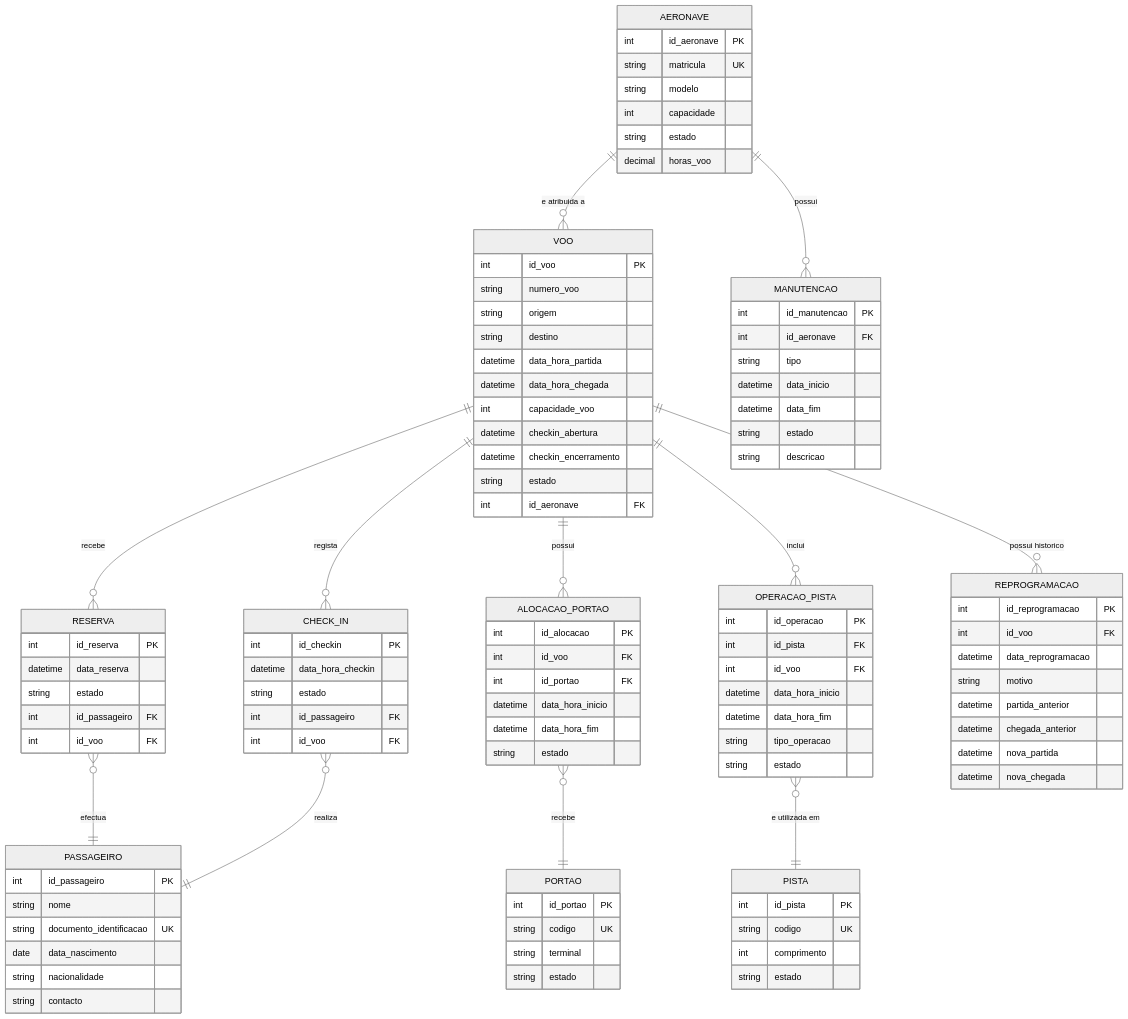
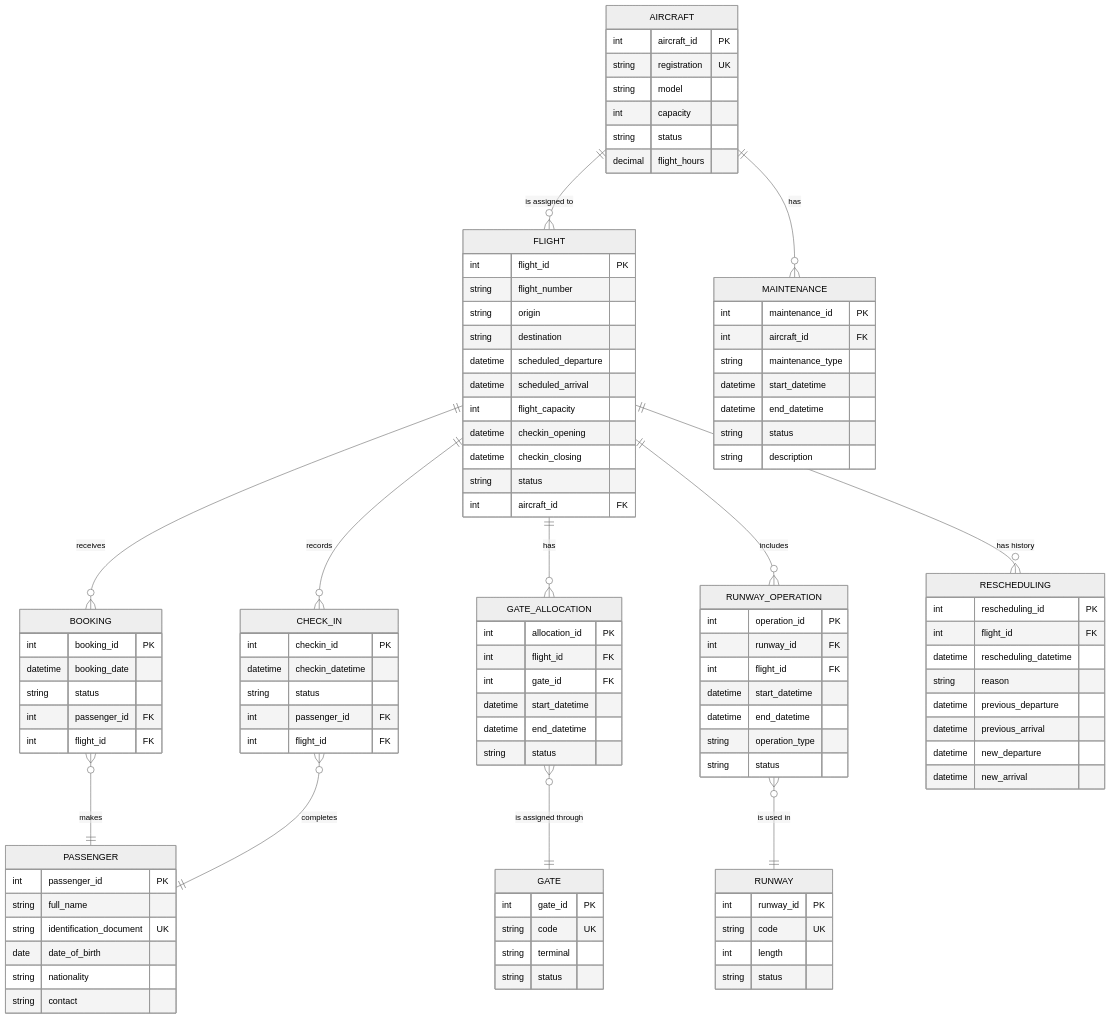
One commit to edmilsonrolas/airport-management-database changed the diagram in TS_ER_Diagram.mmd. Above: the diagram before and after it, drawn with Mermaid (neutral theme). The commit also changed other lines of this file and 1 other file, not shown here.

Commit message:
ER Diagram to en

```diff
--- a/TS_ER_Diagram.mmd
+++ b/TS_ER_Diagram.mmd
@@ -1,114 +1,115 @@
+
 erDiagram
-    AERONAVE {
-        int id_aeronave PK
-        string matricula UK
-        string modelo
-        int capacidade
-        string estado
-        decimal horas_voo
+    AIRCRAFT {
+        int aircraft_id PK
+        string registration UK
+        string model
+        int capacity
+        string status
+        decimal flight_hours
     }
 
-    VOO {
-        int id_voo PK
-        string numero_voo
-        string origem
-        string destino
-        datetime data_hora_partida
-        datetime data_hora_chegada
-        int capacidade_voo
-        datetime checkin_abertura
-        datetime checkin_encerramento
-        string estado
-        int id_aeronave FK
+    FLIGHT {
+        int flight_id PK
+        string flight_number
+        string origin
+        string destination
+        datetime scheduled_departure
+        datetime scheduled_arrival
+        int flight_capacity
+        datetime checkin_opening
+        datetime checkin_closing
+        string status
+        int aircraft_id FK
     }
 
-    PASSAGEIRO {
-        int id_passageiro PK
-        string nome
-        string documento_identificacao UK
-        date data_nascimento
-        string nacionalidade
-        string contacto
+    PASSENGER {
+        int passenger_id PK
+        string full_name
+        string identification_document UK
+        date date_of_birth
+        string nationality
+        string contact
     }
 
-    RESERVA {
-        int id_reserva PK
-        datetime data_reserva
-        string estado
-        int id_passageiro FK
-        int id_voo FK
+    BOOKING {
+        int booking_id PK
+        datetime booking_date
+        string status
+        int passenger_id FK
+        int flight_id FK
     }
 
     CHECK_IN {
-        int id_checkin PK
-        datetime data_hora_checkin
-        string estado
-        int id_passageiro FK
-        int id_voo FK
+        int checkin_id PK
+        datetime checkin_datetime
+        string status
+        int passenger_id FK
+        int flight_id FK
     }
 
-    PISTA {
-        int id_pista PK
-        string codigo UK
-        int comprimento
-        string estado
+    RUNWAY {
+        int runway_id PK
+        string code UK
+        int length
+        string status
     }
 
-    OPERACAO_PISTA {
-        int id_operacao PK
-        int id_pista FK
-        int id_voo FK
-        datetime data_hora_inicio
-        datetime data_hora_fim
-        string tipo_operacao
-        string estado
+    RUNWAY_OPERATION {
+        int operation_id PK
+        int runway_id FK
+        int flight_id FK
+        datetime start_datetime
+        datetime end_datetime
+        string operation_type
+        string status
     }
 
-    PORTAO {
-        int id_portao PK
-        string codigo UK
+    GATE {
+        int gate_id PK
+        string code UK
         string terminal
-        string estado
+        string status
     }
 
-    ALOCACAO_PORTAO {
-        int id_alocacao PK
-        int id_voo FK
-        int id_portao FK
-        datetime data_hora_inicio
-        datetime data_hora_fim
-        string estado
+    GATE_ALLOCATION {
+        int allocation_id PK
+        int flight_id FK
+        int gate_id FK
+        datetime start_datetime
+        datetime end_datetime
+        string status
     }
 
-    MANUTENCAO {
-        int id_manutencao PK
-        int id_aeronave FK
-        string tipo
-        datetime data_inicio
-        datetime data_fim
-        string estado
-        string descricao
+    MAINTENANCE {
+        int maintenance_id PK
+        int aircraft_id FK
+        string maintenance_type
+        datetime start_datetime
+        datetime end_datetime
+        string status
+        string description
     }
 
-    REPROGRAMACAO {
-        int id_reprogramacao PK
-        int id_voo FK
-        datetime data_reprogramacao
-        string motivo
-        datetime partida_anterior
-        datetime chegada_anterior
-        datetime nova_partida
-        datetime nova_chegada
+    RESCHEDULING {
+        int rescheduling_id PK
+        int flight_id FK
+        datetime rescheduling_datetime
+        string reason
+        datetime previous_departure
+        datetime previous_arrival
+        datetime new_departure
+        datetime new_arrival
     }
 
-    AERONAVE ||--o{ VOO : "e atribuida a"
-    AERONAVE ||--o{ MANUTENCAO : "possui"
-    RESERVA }o--|| PASSAGEIRO : "efectua"
-    VOO ||--o{ RESERVA : "recebe"
-    CHECK_IN }o--|| PASSAGEIRO : "realiza"
-    VOO ||--o{ CHECK_IN : "regista"
-    VOO ||--o{ ALOCACAO_PORTAO : "possui"
-    ALOCACAO_PORTAO }o--|| PORTAO : "recebe"
-    VOO ||--o{ OPERACAO_PISTA : "inclui"
-    OPERACAO_PISTA }o--|| PISTA : "e utilizada em"
-    VOO ||--o{ REPROGRAMACAO : "possui historico"
+    AIRCRAFT ||--o{ FLIGHT : "is assigned to"
+    AIRCRAFT ||--o{ MAINTENANCE : "has"
+    BOOKING }o--|| PASSENGER : "makes"
+    FLIGHT ||--o{ BOOKING : "receives"
+    CHECK_IN }o--|| PASSENGER : "completes"
+    FLIGHT ||--o{ CHECK_IN : "records"
+    FLIGHT ||--o{ GATE_ALLOCATION : "has"
+    GATE_ALLOCATION }o--|| GATE : "is assigned through"
+    FLIGHT ||--o{ RUNWAY_OPERATION : "includes"
+    RUNWAY_OPERATION }o--|| RUNWAY : "is used in"
+    FLIGHT ||--o{ RESCHEDULING : "has history"
```
